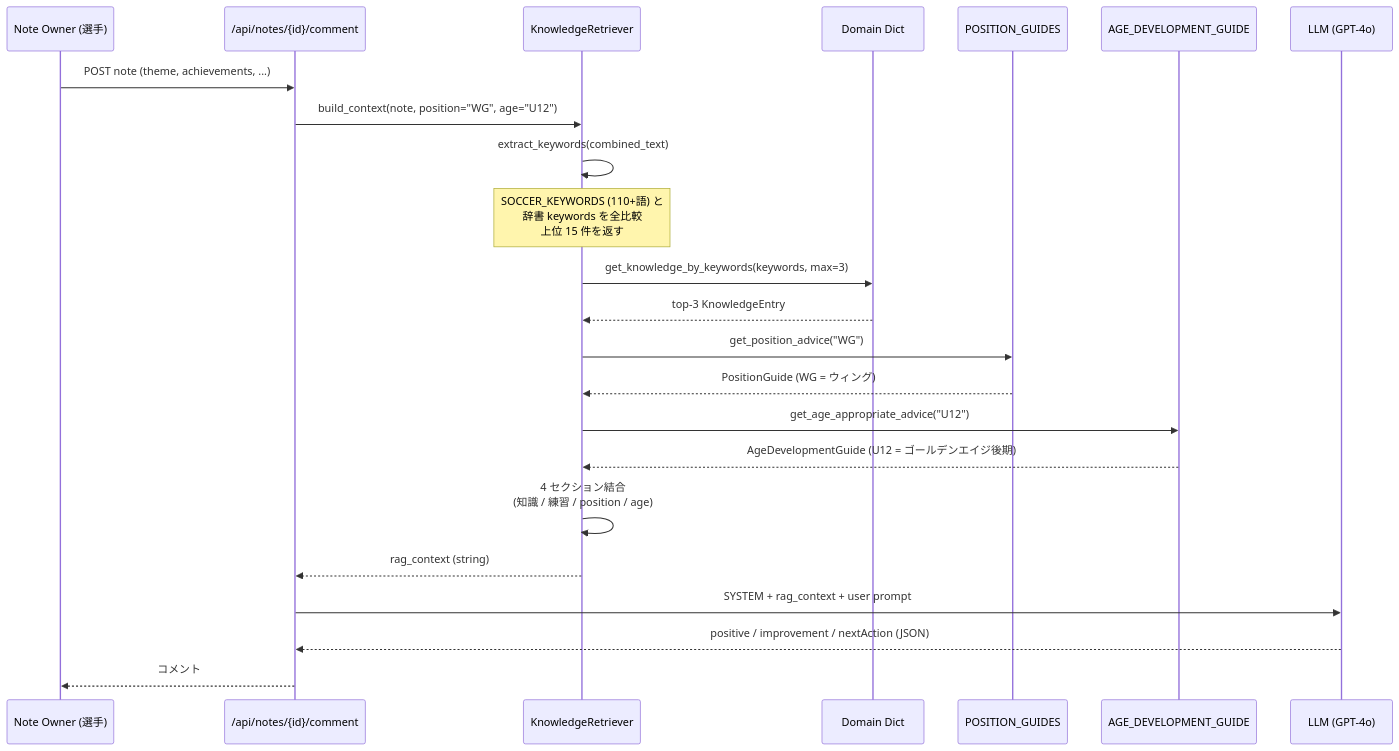
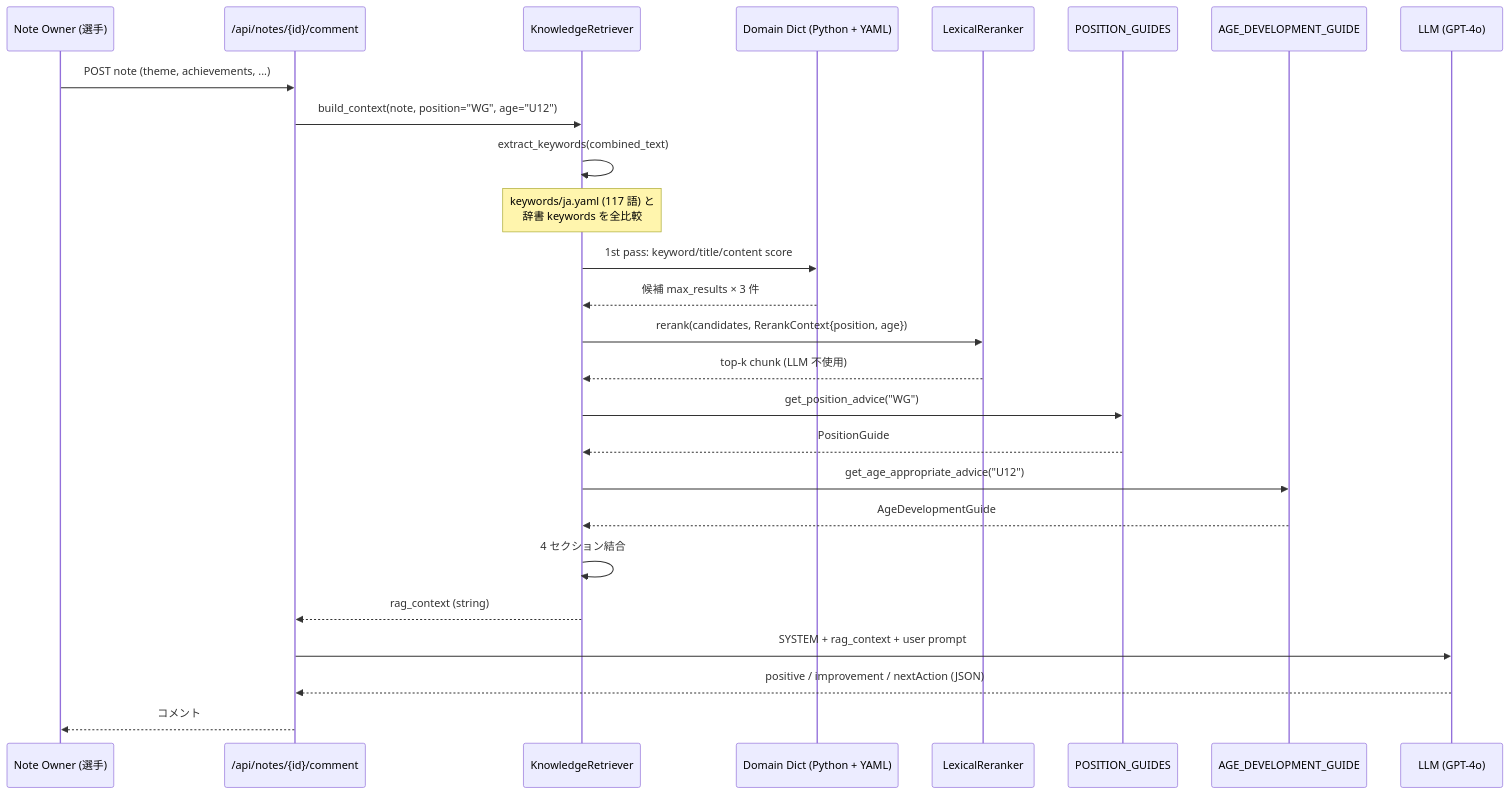
The third of 4 diagrams in articles/rag-without-pgvector.md (SakakitaniJunya/zenn-articles), drawn with Mermaid before and after one commit. The commit also changed other lines of this file, not shown here.

````diff
--- a/articles/rag-without-pgvector.md
+++ b/articles/rag-without-pgvector.md
@@ -262,32 +295,36 @@
 ```mermaid
 sequenceDiagram
     participant U as Note Owner (選手)
     participant API as /api/notes/{id}/comment
     participant R as KnowledgeRetriever
-    participant D as Domain Dict
+    participant D as Domain Dict (Python + YAML)
+    participant RR as LexicalReranker
     participant P as POSITION_GUIDES
     participant A as AGE_DEVELOPMENT_GUIDE
     participant L as LLM (GPT-4o)
 
     U->>API: POST note (theme, achievements, ...)
     API->>R: build_context(note, position="WG", age="U12")
 
     R->>R: extract_keywords(combined_text)
-    Note over R: SOCCER_KEYWORDS (110+語) と<br/>辞書 keywords を全比較<br/>上位 15 件を返す
+    Note over R: keywords/ja.yaml (117 語) と<br/>辞書 keywords を全比較
 
-    R->>D: get_knowledge_by_keywords(keywords, max=3)
-    D-->>R: top-3 KnowledgeEntry
+    R->>D: 1st pass: keyword/title/content score
+    D-->>R: 候補 max_results × 3 件
+
+    R->>RR: rerank(candidates, RerankContext{position, age})
+    RR-->>R: top-k chunk (LLM 不使用)
 
     R->>P: get_position_advice("WG")
-    P-->>R: PositionGuide (WG = ウィング)
+    P-->>R: PositionGuide
 
     R->>A: get_age_appropriate_advice("U12")
-    A-->>R: AgeDevelopmentGuide (U12 = ゴールデンエイジ後期)
+    A-->>R: AgeDevelopmentGuide
 
-    R->>R: 4 セクション結合<br/>(知識 / 練習 / position / age)
+    R->>R: 4 セクション結合
     R-->>API: rag_context (string)
 
     API->>L: SYSTEM + rag_context + user prompt
     L-->>API: positive / improvement / nextAction (JSON)
     API-->>U: コメント
 ```
````
